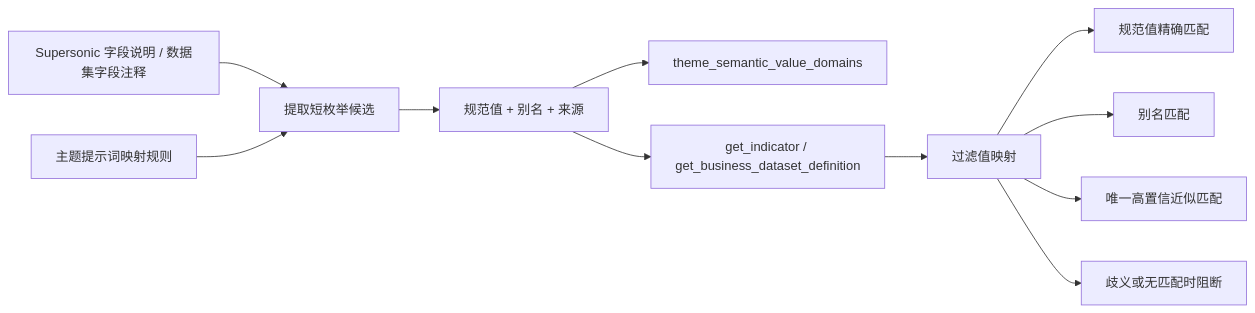
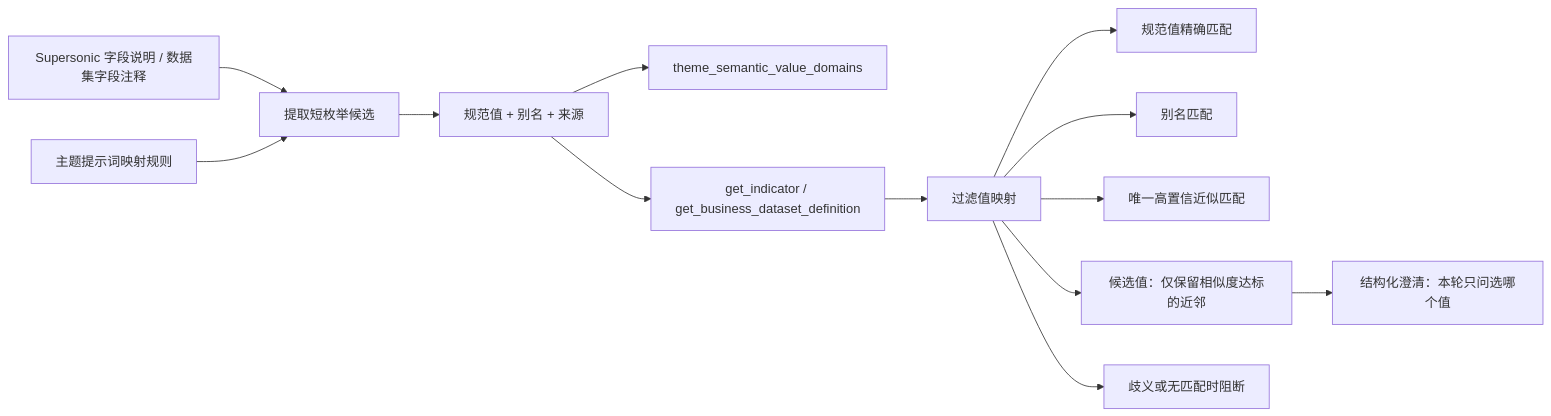
The eighth of 14 diagrams in docs/architecture.md (xiaour/yolo-data), drawn with Mermaid before and after one commit. The commit also changed other lines of this file and 13 other files, not shown here.

````diff
--- a/docs/architecture.md
+++ b/docs/architecture.md
@@ -770,13 +770,15 @@
 ```mermaid
 flowchart LR
   META["Supersonic 字段说明 / 数据集字段注释"] --> EXTRACT["提取短枚举候选"]
   PROMPT["主题提示词映射规则"] --> EXTRACT
   EXTRACT --> DOMAIN["规范值 + 别名 + 来源"]
   DOMAIN --> STORE["theme_semantic_value_domains"]
   DOMAIN --> CONTEXT["get_indicator / get_business_dataset_definition"]
   CONTEXT --> FILTER["过滤值映射"]
   FILTER --> EXACT["规范值精确匹配"]
   FILTER --> ALIAS["别名匹配"]
   FILTER --> FUZZY["唯一高置信近似匹配"]
+  FILTER --> CANDIDATE["候选值：仅保留相似度达标的近邻"]
+  CANDIDATE --> CHOICE["结构化澄清：本轮只问选哪个值"]
   FILTER --> BLOCK["歧义或无匹配时阻断"]
 ```
````
